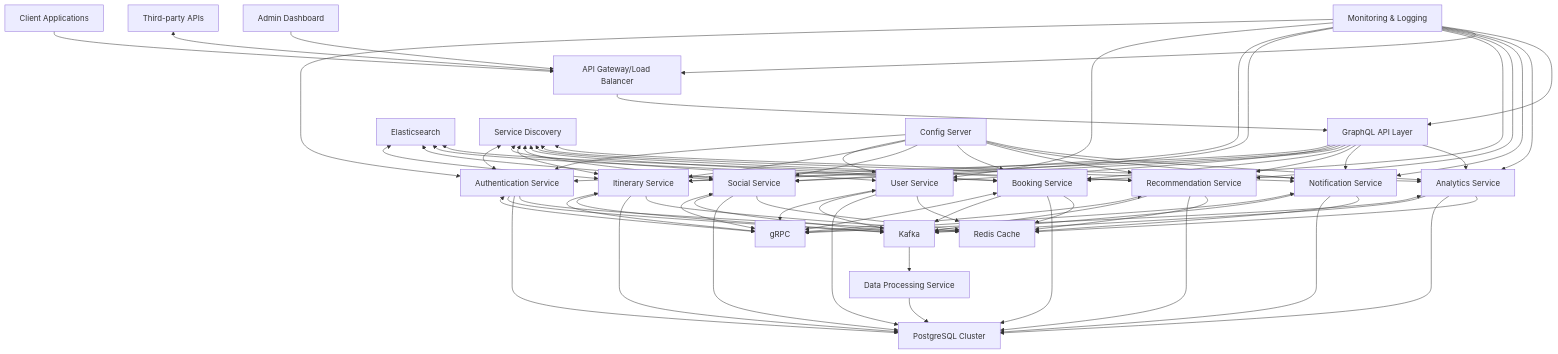
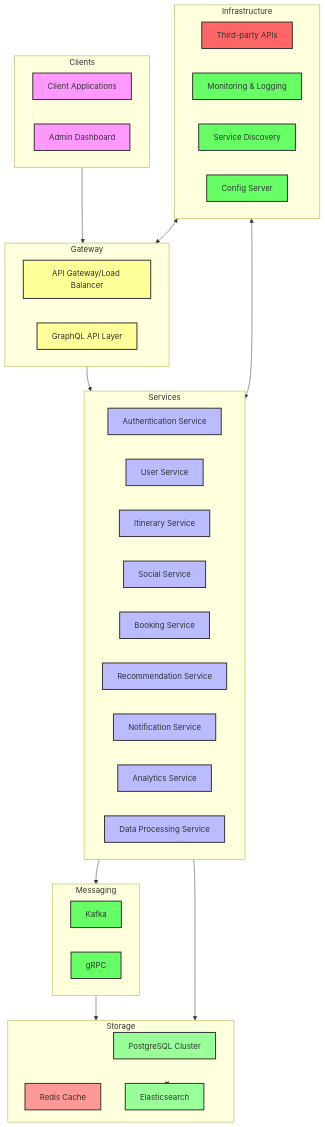
One commit to sagar6413/one-stop-solution changed the first of 2 diagrams in test.md. Above: the diagram before and after it, drawn with Mermaid.

````diff
--- a/test.md
+++ b/test.md
@@ -1,24 +1,62 @@
 ```mermaid
 graph TD
-    A[Client Applications] --> B[API Gateway/Load Balancer]
-    B --> C[GraphQL API Layer]
-    C --> D[Authentication Service]
-    C --> E[User Service]
-    C --> F[Itinerary Service]
-    C --> G[Social Service]
-    C --> H[Booking Service]
-    C --> I[Recommendation Service]
-    C --> J[Notification Service]
-    C --> K[Analytics Service]
-    D & E & F & G & H & I & J & K <--> L[gRPC]
-    D & E & F & G & H & I & J & K --> M[Kafka]
-    M --> N[Data Processing Service]
-    D & E & F & G & H & I & J & K & N --> O[PostgreSQL Cluster]
-    D & E & F & G & H & I & J & K --> P[Redis Cache]
-    Q[Elasticsearch] <--> F & G & H & I
-    R[Third-party APIs] <--> B
-    S[Admin Dashboard] --> B
-    T[Monitoring & Logging] --> D & E & F & G & H & I & J & K & B & C
-    U[Service Discovery] <--> D & E & F & G & H & I & J & K
-    V[Config Server] --> D & E & F & G & H & I & J & K
+    %% Define styles
+    classDef client fill:#f9f,stroke:#333,stroke-width:2px;
+    classDef gateway fill:#ff9,stroke:#333,stroke-width:2px;
+    classDef service fill:#bbf,stroke:#333,stroke-width:2px;
+    classDef db fill:#9f9,stroke:#333,stroke-width:2px;
+    classDef cache fill:#f99,stroke:#333,stroke-width:2px;
+    classDef external fill:#f66,stroke:#333,stroke-width:2px;
+    classDef misc fill:#6f6,stroke:#333,stroke-width:2px;
+
+    %% Subgraphs for organization
+    subgraph Clients
+        A[Client Applications]:::client
+        S[Admin Dashboard]:::client
+    end
+
+    subgraph Gateway
+        B[API Gateway/Load Balancer]:::gateway
+        C[GraphQL API Layer]:::gateway
+    end
+
+    subgraph Services
+        D[Authentication Service]:::service
+        E[User Service]:::service
+        F[Itinerary Service]:::service
+        G[Social Service]:::service
+        H[Booking Service]:::service
+        I[Recommendation Service]:::service
+        J[Notification Service]:::service
+        K[Analytics Service]:::service
+        N[Data Processing Service]:::service
+    end
+
+    subgraph Messaging
+        M[Kafka]:::misc
+        L[gRPC]:::misc
+    end
+
+    subgraph Storage
+        O[PostgreSQL Cluster]:::db
+        P[Redis Cache]:::cache
+        Q[Elasticsearch]:::db
+    end
+
+    subgraph Infrastructure
+        R[Third-party APIs]:::external
+        T[Monitoring & Logging]:::misc
+        U[Service Discovery]:::misc
+        V[Config Server]:::misc
+    end
+
+    %% Connections
+    Clients --> Gateway
+    Gateway --> Services
+    Services --> Messaging
+    Messaging --> Storage
+    Services --> Storage
+    Storage <--> Q
+    Infrastructure <--> Gateway
+    Infrastructure <--> Services
 ```
````
